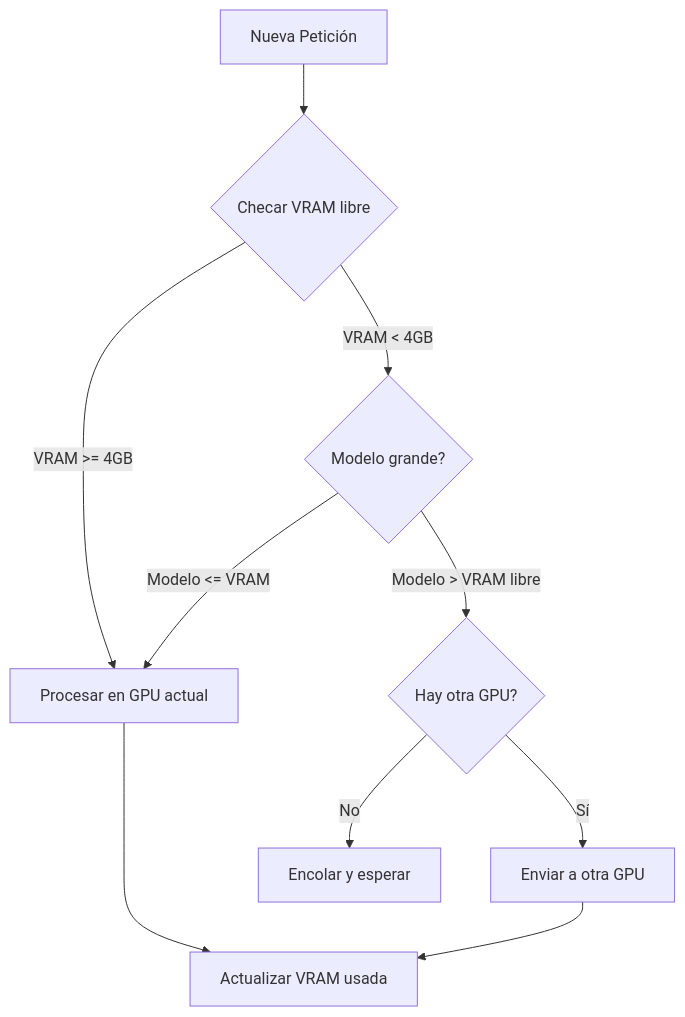
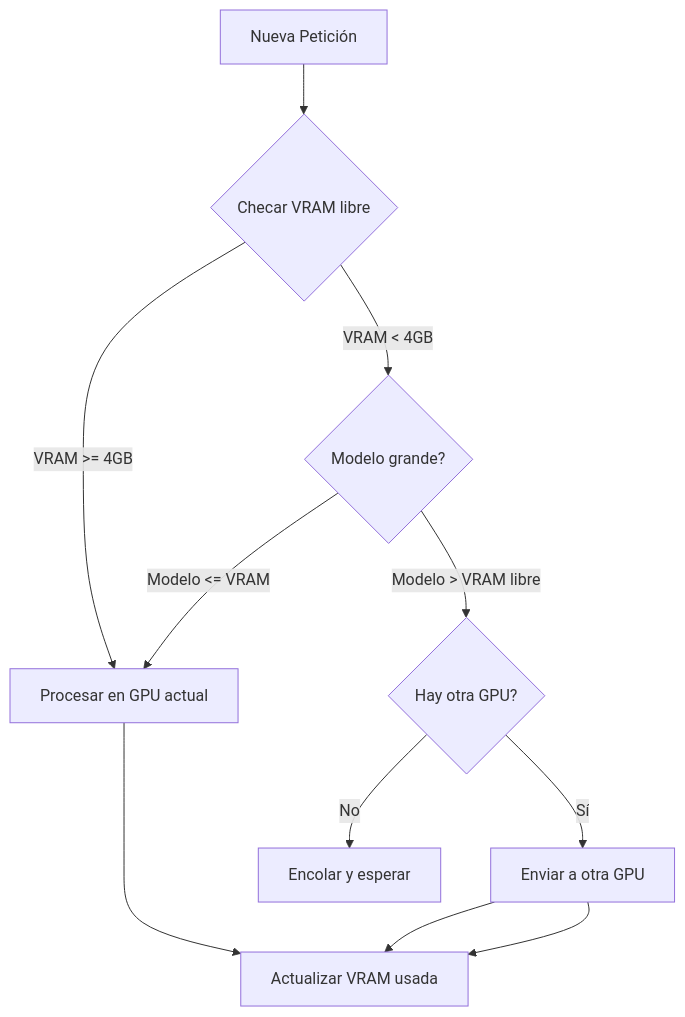
The second of 2 diagrams in README.es.md (fulletLab/FuLLet-AI-Bot), drawn with Mermaid before and after one commit. The commit also changed other lines of this file and 8 other files, not shown here.

````diff
--- a/README.es.md
+++ b/README.es.md
@@ -91,12 +91,13 @@
 ```mermaid
 graph TD
     A[Nueva Petición] --> B{Checar VRAM libre}
     B -->|"VRAM >= 4GB"| C[Procesar en GPU actual]
     B -->|"VRAM < 4GB"| D{Modelo grande?}
     D -->|"Modelo > VRAM libre"| E{Hay otra GPU?}
     D -->|"Modelo <= VRAM"| C
     E -->|Sí| F[Enviar a otra GPU]
     E -->|No| G[Encolar y esperar]
     C --> H[Actualizar VRAM usada]
     F --> H
+    F --> H
 ```
````
